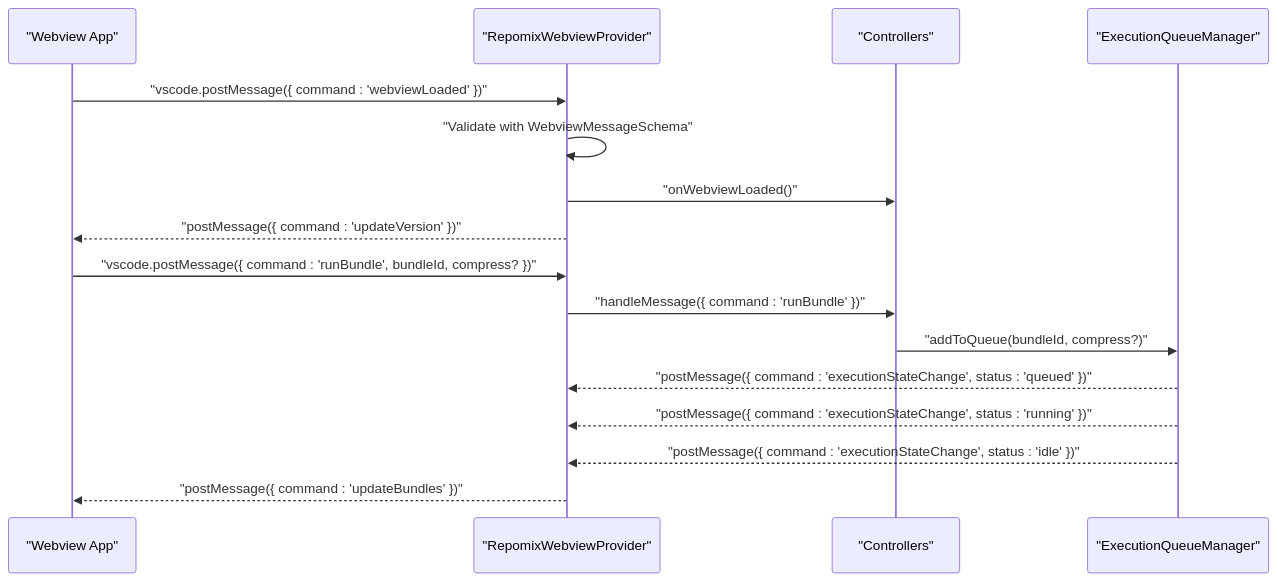
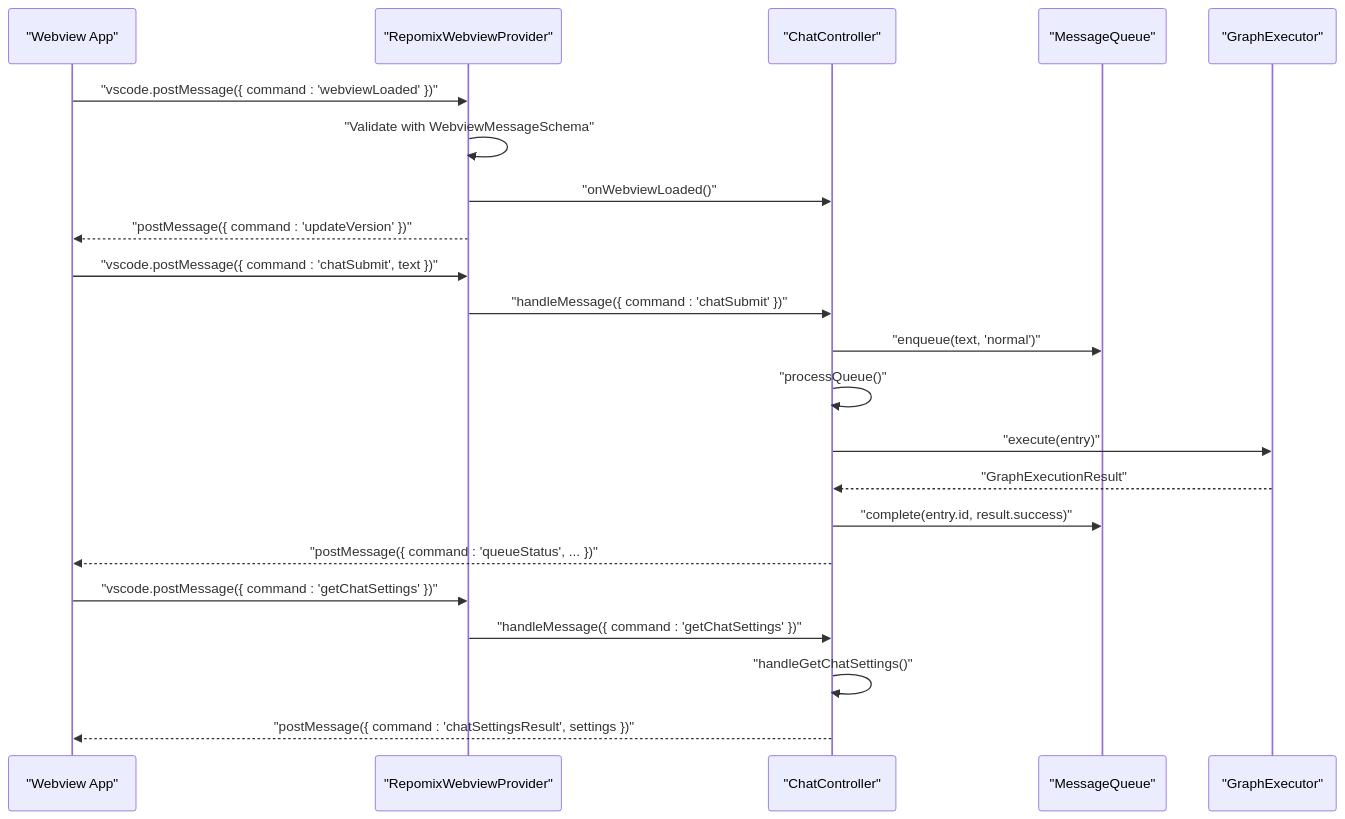
One commit to bramburn/repomix-runner changed the second of 15 diagrams in .qoder/repowiki/en/content/Webview Interface/Message Handling System.md. Above: the diagram before and after it, drawn with Mermaid. The commit also changed other lines of this file and 27 other files, not shown here.

````diff
--- a/.qoder/repowiki/en/content/Webview Interface/Message Handling System.md
+++ b/.qoder/repowiki/en/content/Webview Interface/Message Handling System.md
@@ -90,18 +179,24 @@
 ```mermaid
 sequenceDiagram
 participant WV as "Webview App"
 participant Ext as "RepomixWebviewProvider"
-participant Ctrl as "Controllers"
-participant Q as "ExecutionQueueManager"
+participant Ctrl as "ChatController"
+participant MQ as "MessageQueue"
+participant GE as "GraphExecutor"
 WV->>Ext : "vscode.postMessage({ command : 'webviewLoaded' })"
 Ext->>Ext : "Validate with WebviewMessageSchema"
 Ext->>Ctrl : "onWebviewLoaded()"
 Ext-->>WV : "postMessage({ command : 'updateVersion' })"
-WV->>Ext : "vscode.postMessage({ command : 'runBundle', bundleId, compress? })"
-Ext->>Ctrl : "handleMessage({ command : 'runBundle' })"
-Ctrl->>Q : "addToQueue(bundleId, compress?)"
-Q-->>Ext : "postMessage({ command : 'executionStateChange', status : 'queued' })"
-Q-->>Ext : "postMessage({ command : 'executionStateChange', status : 'running' })"
-Q-->>Ext : "postMessage({ command : 'executionStateChange', status : 'idle' })"
-Ext-->>WV : "postMessage({ command : 'updateBundles' })"
+WV->>Ext : "vscode.postMessage({ command : 'chatSubmit', text })"
+Ext->>Ctrl : "handleMessage({ command : 'chatSubmit' })"
+Ctrl->>MQ : "enqueue(text, 'normal')"
+Ctrl->>Ctrl : "processQueue()"
+Ctrl->>GE : "execute(entry)"
+GE-->>Ctrl : "GraphExecutionResult"
+Ctrl->>MQ : "complete(entry.id, result.success)"
+Ctrl-->>WV : "postMessage({ command : 'queueStatus', ... })"
+WV->>Ext : "vscode.postMessage({ command : 'getChatSettings' })"
+Ext->>Ctrl : "handleMessage({ command : 'getChatSettings' })"
+Ctrl->>Ctrl : "handleGetChatSettings()"
+Ctrl-->>WV : "postMessage({ command : 'chatSettingsResult', settings })"
 ```
````
